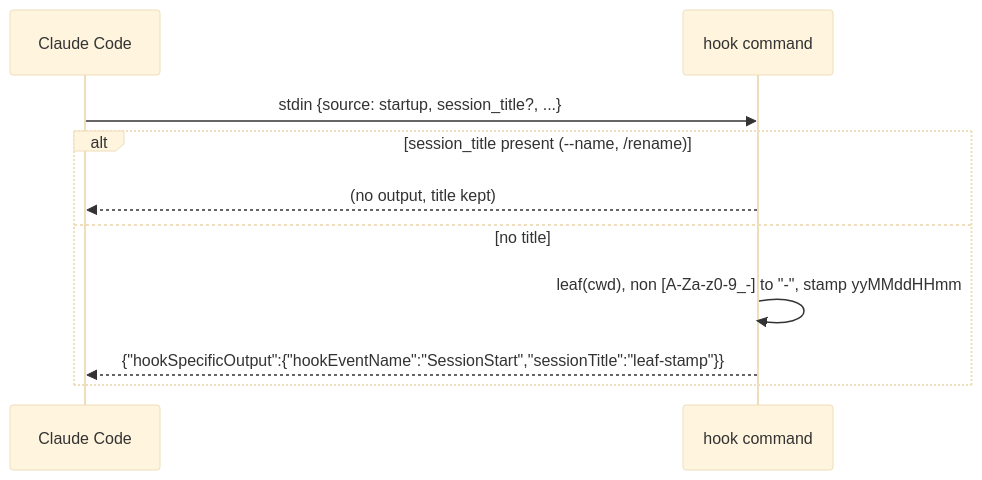
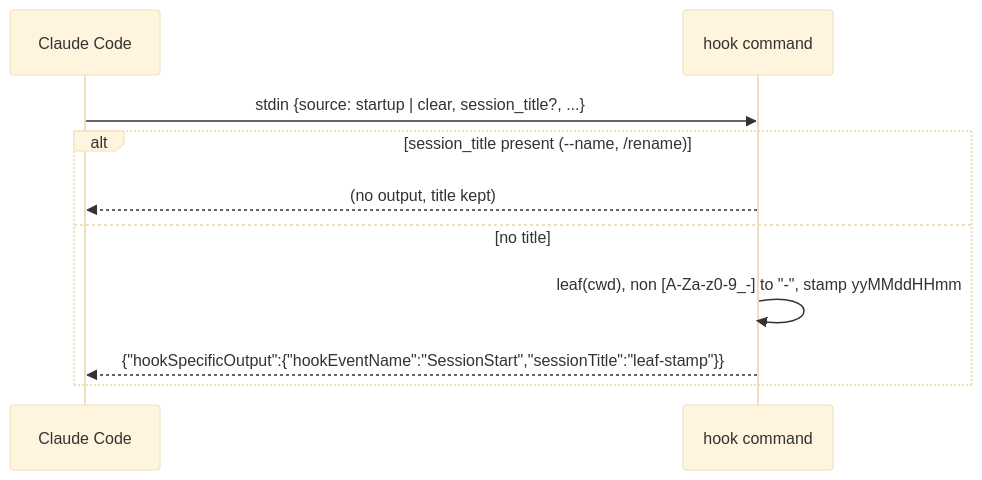
The third of 4 diagrams in tools/session-name-date-prefixer/product/ARCHITECTURE.md (cheneeheng/claude-code-command-center), drawn with Mermaid (base theme) before and after one commit. The commit also changed other lines of this file and 7 other files, not shown here.

First line of the commit message:
feat(session-name-date-prefixer): also title the session after /clear (#89)

````diff
--- a/tools/session-name-date-prefixer/product/ARCHITECTURE.md
+++ b/tools/session-name-date-prefixer/product/ARCHITECTURE.md
@@ -40,13 +40,13 @@
 ```mermaid
 sequenceDiagram
     participant C as Claude Code
     participant H as hook command
 
-    C->>H: stdin {source: startup, session_title?, ...}
+    C->>H: stdin {source: startup | clear, session_title?, ...}
     alt session_title present (--name, /rename)
         H-->>C: (no output, title kept)
     else no title
         H->>H: leaf(cwd), non [A-Za-z0-9_-] to "-", stamp yyMMddHHmm
         H-->>C: {"hookSpecificOutput":{"hookEventName":"SessionStart","sessionTitle":"leaf-stamp"}}
     end
 ```
````
